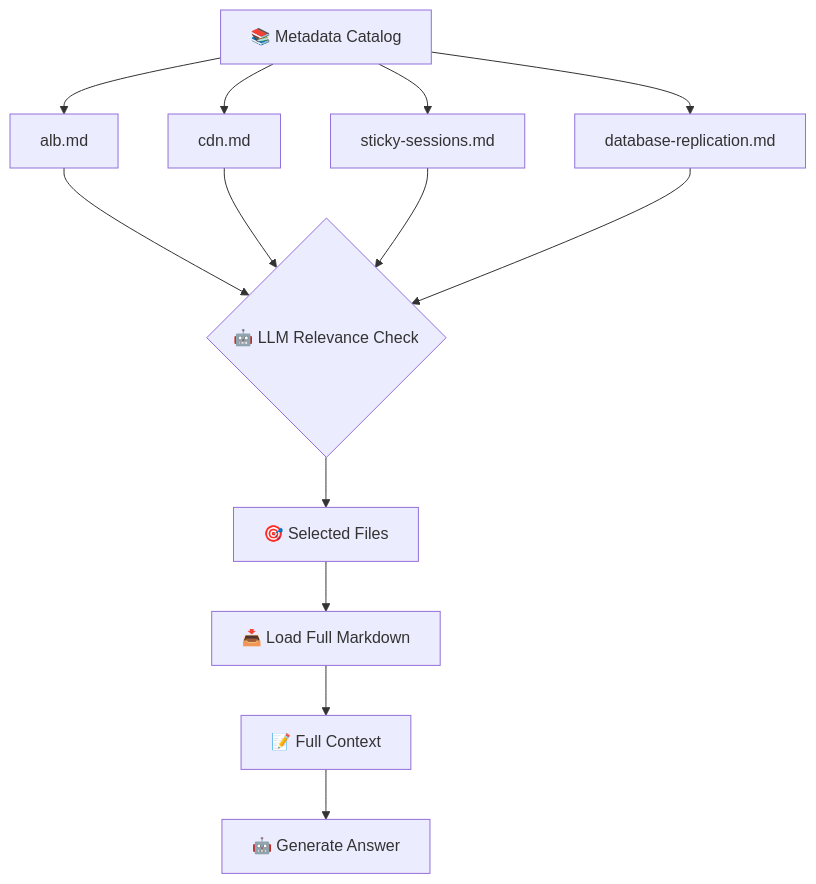
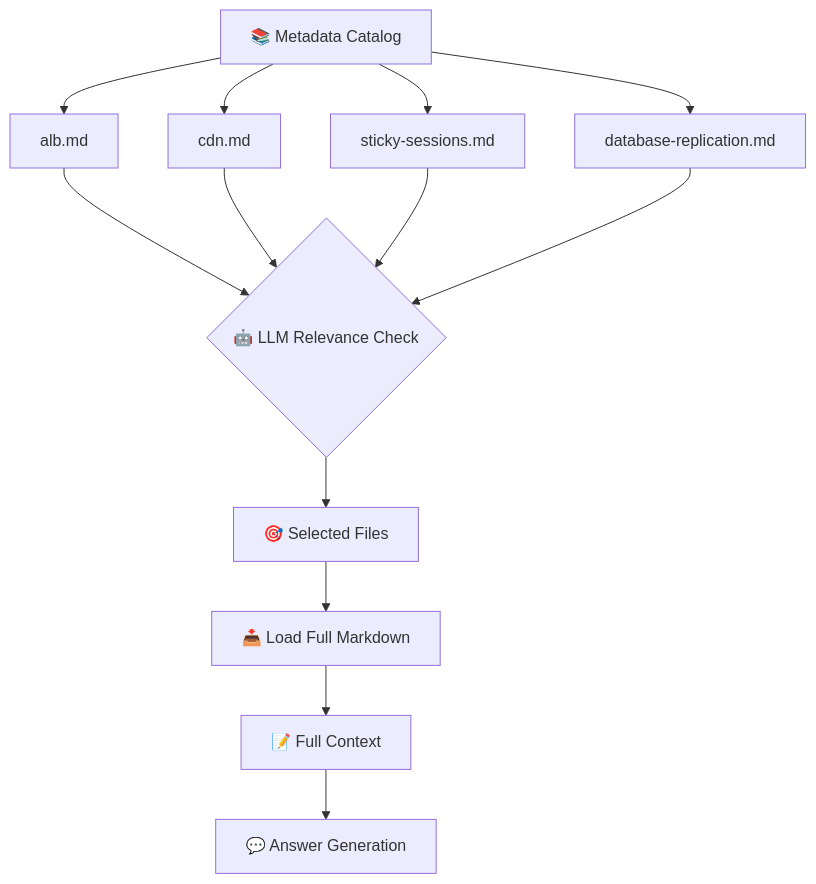
Before and after one commit to Amie-dev/FDE-and-GenAI-Mastery: the third of 8 diagrams in Lecture 18 - Vectorless RAG and LLM Wiki/notes/05_two_pass_retrieval_lazy_loading.md, drawn with Mermaid. The commit also changed other lines of this file and 6 other files, not shown here.

````diff
--- a/Lecture 18 - Vectorless RAG and LLM Wiki/notes/05_two_pass_retrieval_lazy_loading.md
+++ b/Lecture 18 - Vectorless RAG and LLM Wiki/notes/05_two_pass_retrieval_lazy_loading.md
@@ -121,23 +129,23 @@
 ```mermaid
 flowchart TD
 
     CATALOG["📚 Metadata Catalog"]
 
     CATALOG --> A["alb.md"]
     CATALOG --> B["cdn.md"]
     CATALOG --> C["sticky-sessions.md"]
     CATALOG --> D["database-replication.md"]
 
     A --> CHECK{"🤖 LLM Relevance Check"}
     B --> CHECK
     C --> CHECK
     D --> CHECK
 
     CHECK --> SELECT["🎯 Selected Files"]
 
     SELECT --> LOAD["📥 Load Full Markdown"]
 
     LOAD --> CONTEXT["📝 Full Context"]
 
-    CONTEXT --> ANSWER["🤖 Generate Answer"]
+    CONTEXT --> ANSWER["💬 Answer Generation"]
 ```
````
